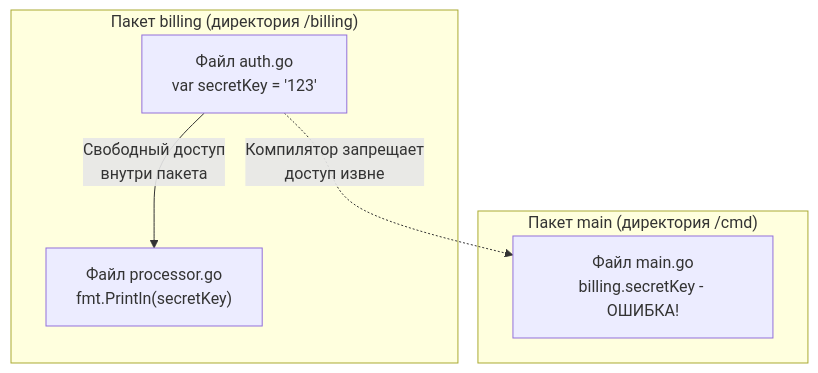
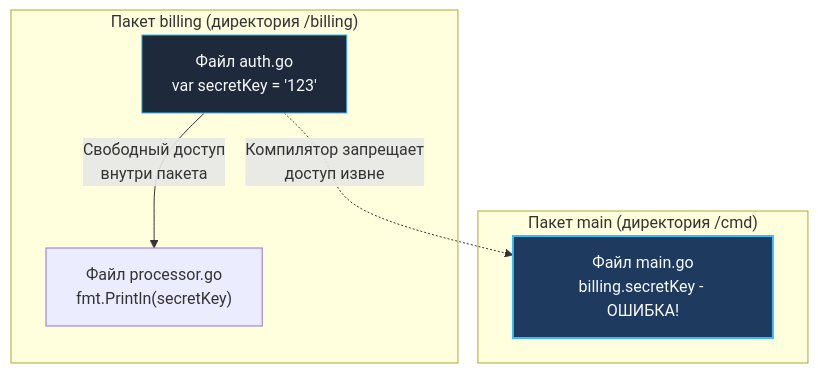
The diagram in sources/5. Учебник по Go (Основы и синтаксис)/27. Видимость имен. export и unexport.md (UnrealTemplier/go-textbook), drawn with Mermaid before and after one commit. The commit also changed 1666 other files, not shown here.

First line of the commit message:
feat(mermaid): add semantic color classDef to 1369 colorless flowchart/graph diagrams

````diff
--- a/sources/5. Учебник по Go (Основы и синтаксис)/27. Видимость имен. export и unexport.md
+++ b/sources/5. Учебник по Go (Основы и синтаксис)/27. Видимость имен. export и unexport.md
@@ -33,12 +33,22 @@
 ```mermaid
 flowchart TD
+    classDef process  fill:#1e293b,stroke:#38bdf8,stroke-width:1px,color:#f8fafc
+    classDef success  fill:#064e3b,stroke:#34d399,stroke-width:1px,color:#f8fafc
+    classDef error    fill:#7f1d1d,stroke:#f87171,stroke-width:1px,color:#f8fafc
+    classDef warning  fill:#78350f,stroke:#fbbf24,stroke-width:1px,color:#f8fafc
+    classDef entry    fill:#1e3a5f,stroke:#38bdf8,stroke-width:2px,color:#f8fafc
+    classDef aux      fill:#334155,stroke:#64748b,stroke-width:1px,color:#f8fafc
+    classDef system   fill:#312e81,stroke:#a78bfa,stroke-width:1px,color:#f8fafc
+    classDef data     fill:#132d29,stroke:#2dd4bf,stroke-width:1px,color:#f8fafc
+    classDef network  fill:#881337,stroke:#fb7185,stroke-width:1px,color:#f8fafc
+    classDef accent   fill:#1e1b4b,stroke:#818cf8,stroke-width:1px,color:#f8fafc
     subgraph PkgBilling ["Пакет billing (директория /billing)"]
-        F1["Файл auth.go<br/>var secretKey = '123'"]
+        F1["Файл auth.go<br/>var secretKey = '123'"]:::process
         F2["Файл processor.go<br/>fmt.Println(secretKey)"]
     end
     subgraph PkgMain["Пакет main (директория /cmd)"]
-        F3["Файл main.go<br/>billing.secretKey - ОШИБКА!"]
+        F3["Файл main.go<br/>billing.secretKey - ОШИБКА!"]:::entry
     end
     F1 -->|"Свободный доступ<br/>внутри пакета"| F2
     F1 -.->|"Компилятор запрещает<br/>доступ извне"| F3
 ```
````
